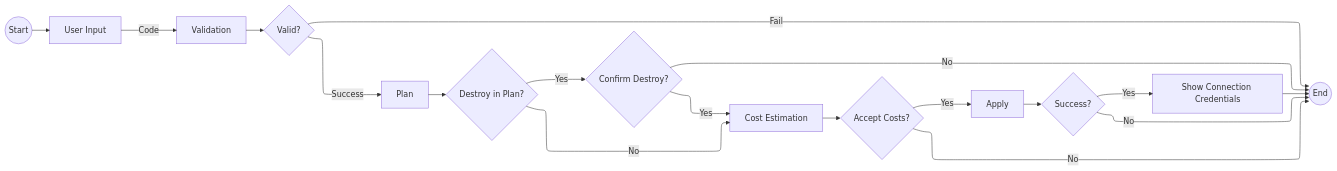
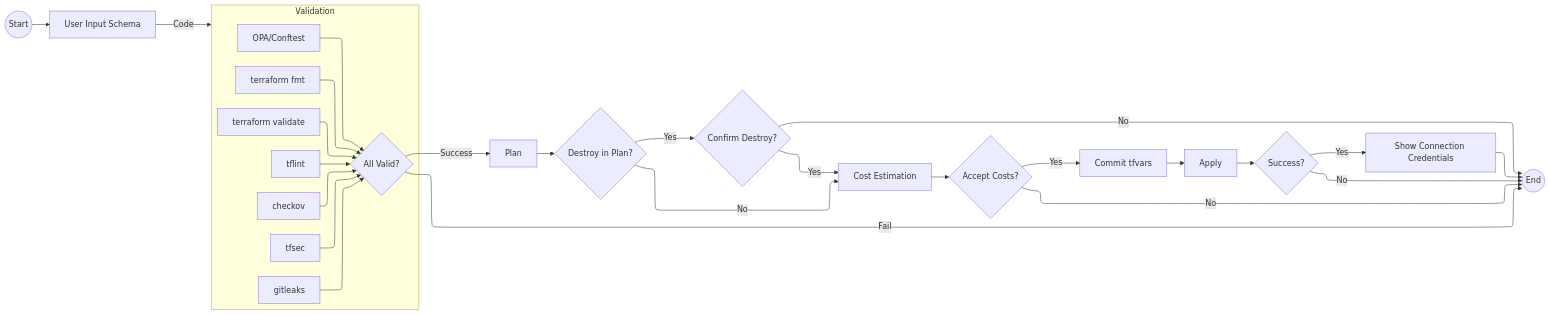
Before and after one commit to alex-tw-lam/tf-workflow: the diagram in terraform-workflow.md, drawn with Mermaid. The commit also changed other lines of this file, not shown here.

Commit message:
Update Terraform workflow: Add validation tools, rename input to schema, add tfvars commit step

````diff
--- a/terraform-workflow.md
+++ b/terraform-workflow.md
@@ -1,20 +1,31 @@
 ```mermaid
 flowchart-elk LR
-    Start((Start)) --> A[User Input]
-    A -->|Code| B[Validation]
-    B --> C{Valid?}
-    C -->|Success| D[Plan]
-    C -->|Fail| End((End))
+    Start((Start)) --> A[User Input Schema]
+    A -->|Code| Validation
+
+    subgraph Validation
+        V1[terraform fmt] --> V5{All Valid?}
+        V2[terraform validate] --> V5
+        V3[tflint] --> V5
+        V4[checkov] --> V5
+        V6[tfsec] --> V5
+        V7[gitleaks] --> V5
+        V8[OPA/Conftest] --> V5
+    end
+
+    V5 -->|Success| D[Plan]
+    V5 -->|Fail| End((End))
     D --> E{Destroy in Plan?}
     E -->|No| G[Cost Estimation]
     E -->|Yes| F{Confirm Destroy?}
     F -->|Yes| G
     F -->|No| End
     G --> K{Accept Costs?}
-    K -->|Yes| H[Apply]
     K -->|No| End
+    K -->|Yes| L[Commit tfvars]
+    L --> H[Apply]
     H --> I{Success?}
     I -->|Yes| J[Show Connection Credentials]
     I -->|No| End
     J --> End
 ```
````
